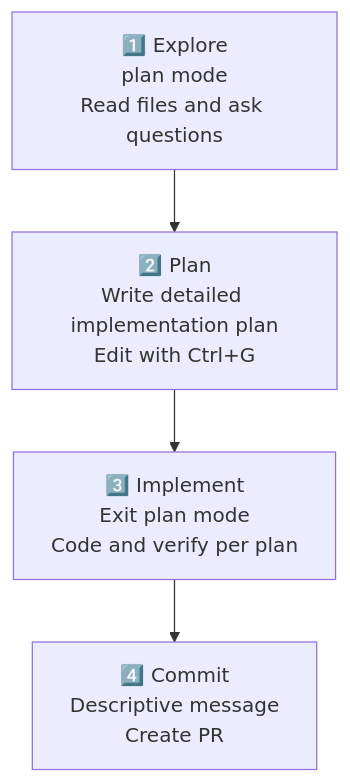
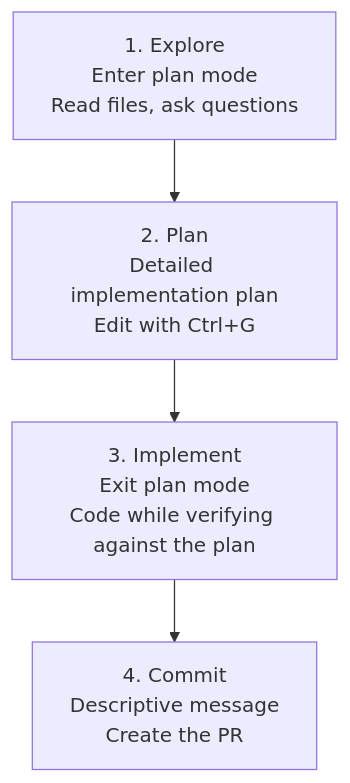
Before and after one commit to modu-ai/moai-adk: the diagram in docs-site/content/en/claude-code/agentic/best-practices.md, drawn with Mermaid. The commit also changed other lines of this file and 395 other files, not shown here.

````diff
--- a/docs-site/content/en/claude-code/agentic/best-practices.md
+++ b/docs-site/content/en/claude-code/agentic/best-practices.md
@@ -47,6 +41,6 @@
 ```mermaid
 flowchart TD
-    A["1️⃣ Explore<br/>plan mode<br/>Read files and ask questions"] --> B["2️⃣ Plan<br/>Write detailed implementation plan<br/>Edit with Ctrl+G"]
-    B --> C["3️⃣ Implement<br/>Exit plan mode<br/>Code and verify per plan"]
-    C --> D["4️⃣ Commit<br/>Descriptive message<br/>Create PR"]
+    A["1. Explore<br/>Enter plan mode<br/>Read files, ask questions"] --> B["2. Plan<br/>Detailed implementation plan<br/>Edit with Ctrl+G"]
+    B --> C["3. Implement<br/>Exit plan mode<br/>Code while verifying against the plan"]
+    C --> D["4. Commit<br/>Descriptive message<br/>Create the PR"]
 ```
````
